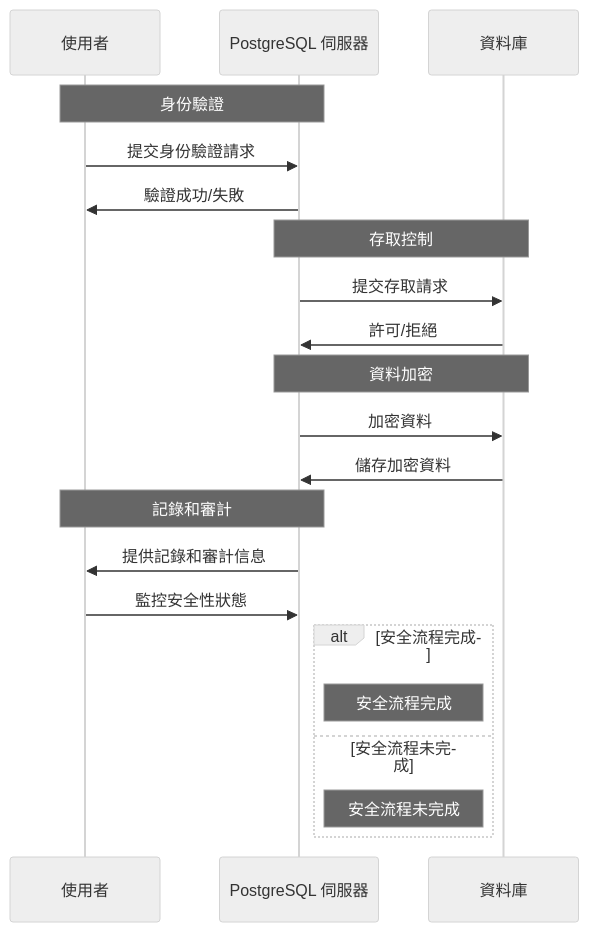
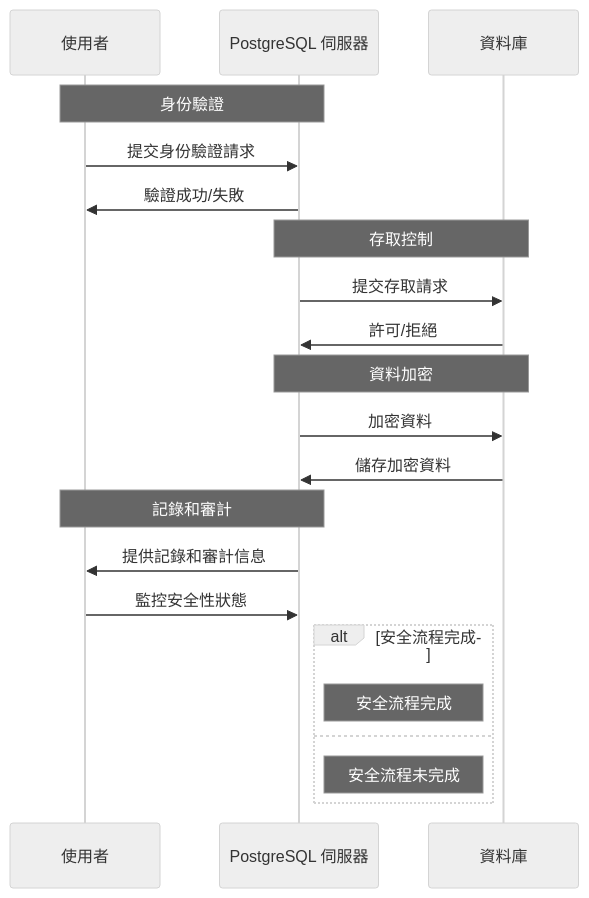
One commit to a920604a/engineernews changed the diagram in src/content/posts/tech/2026-04-25-why-is-postgresql-the-most-secured-system-in-the-world.md. Above: the diagram before and after it, drawn with Mermaid (neutral theme). The commit also changed 4 other files, not shown here.

Commit message:
fix: auto-fix mermaid syntax errors in posts

````diff
--- a/src/content/posts/tech/2026-04-25-why-is-postgresql-the-most-secured-system-in-the-world.md
+++ b/src/content/posts/tech/2026-04-25-why-is-postgresql-the-most-secured-system-in-the-world.md
@@ -30,28 +30,28 @@
 ```mermaid
 sequenceDiagram
     participant Client as 使用者
     participant Server as PostgreSQL 伺服器
     participant Database as 資料庫
 
     Note over Client,Server: 身份驗證
     Client->>Server: 提交身份驗證請求
     Server->>Client: 驗證成功/失敗
 
     Note over Server,Database: 存取控制
     Server->>Database: 提交存取請求
     Database->>Server: 許可/拒絕
 
     Note over Server,Database: 資料加密
     Server->>Database: 加密資料
     Database->>Server: 儲存加密資料
 
     Note over Server,Client: 記錄和審計
     Server->>Client: 提供記錄和審計信息
     Client->>Server: 監控安全性狀態
 
     alt 安全流程完成
         Note right of Server: 安全流程完成
-    else 安全流程未完成
+    else
         Note right of Server: 安全流程未完成
     end
 ```
````
